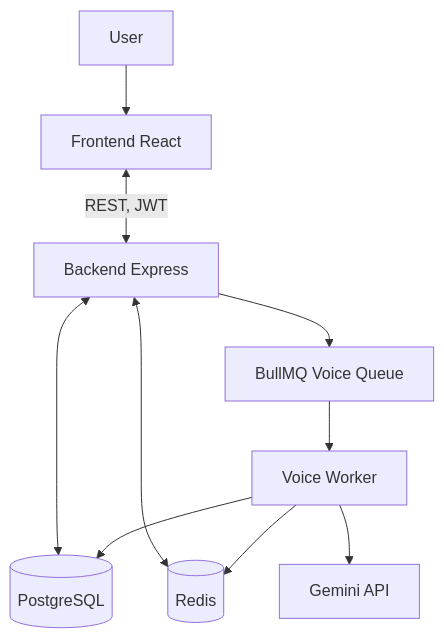
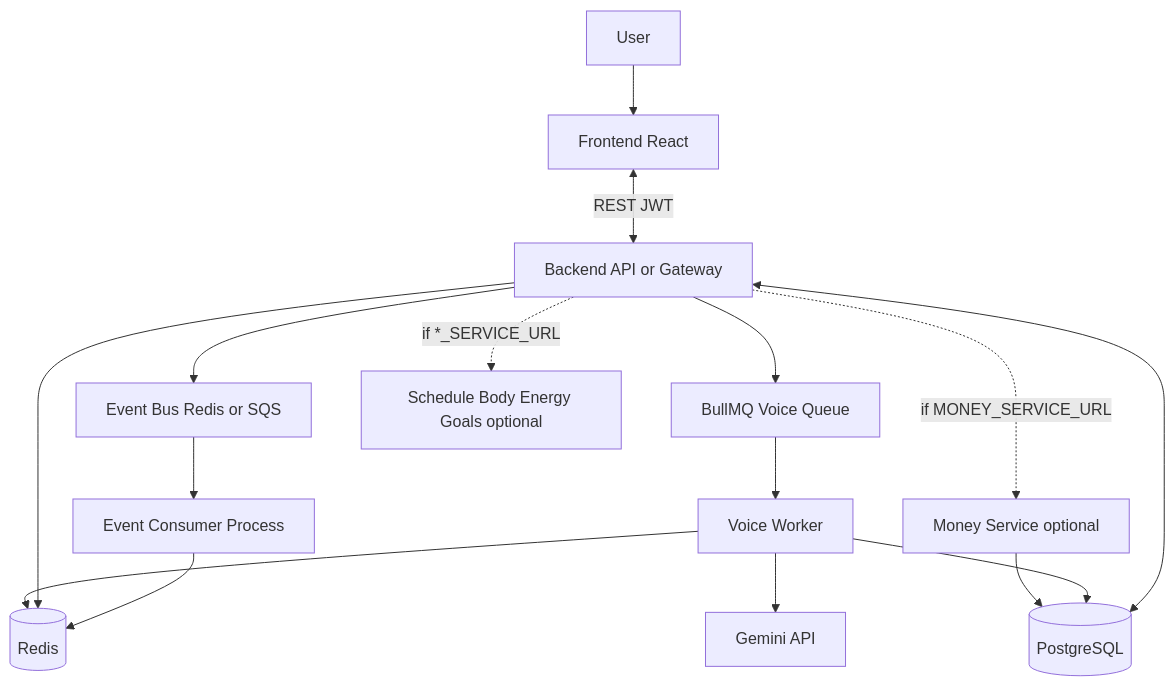
The diagram in README.md (YoniRipp/BMe), drawn with Mermaid before and after one commit. The commit also changed other lines of this file and 61 other files, not shown here.

````diff
--- a/README.md
+++ b/README.md
@@ -50,21 +54,31 @@
 ```mermaid
 flowchart TB
   User[User]
   Frontend[Frontend React]
-  Backend[Backend Express]
+  Gateway[Backend API or Gateway]
   Redis[(Redis)]
   DB[(PostgreSQL)]
   Queue[BullMQ Voice Queue]
   Worker[Voice Worker]
   Gemini[Gemini API]
+  EventBus[Event Bus Redis or SQS]
+  EventConsumer[Event Consumer Process]
+  MoneySvc[Money Service optional]
+  OtherSvcs[Schedule Body Energy Goals optional]
 
   User --> Frontend
-  Frontend <-->|"REST, JWT"| Backend
-  Backend <--> DB
-  Backend <--> Redis
-  Backend --> Queue
+  Frontend <-->|"REST JWT"| Gateway
+  Gateway <--> DB
+  Gateway --> EventBus
+  EventBus --> EventConsumer
+  EventConsumer --> Redis
+  Gateway --> Redis
+  Gateway --> Queue
   Queue --> Worker
   Worker --> Gemini
   Worker --> Redis
   Worker --> DB
+  Gateway -.->|"if MONEY_SERVICE_URL"| MoneySvc
+  Gateway -.->|"if *_SERVICE_URL"| OtherSvcs
+  MoneySvc --> DB
 ```
````
